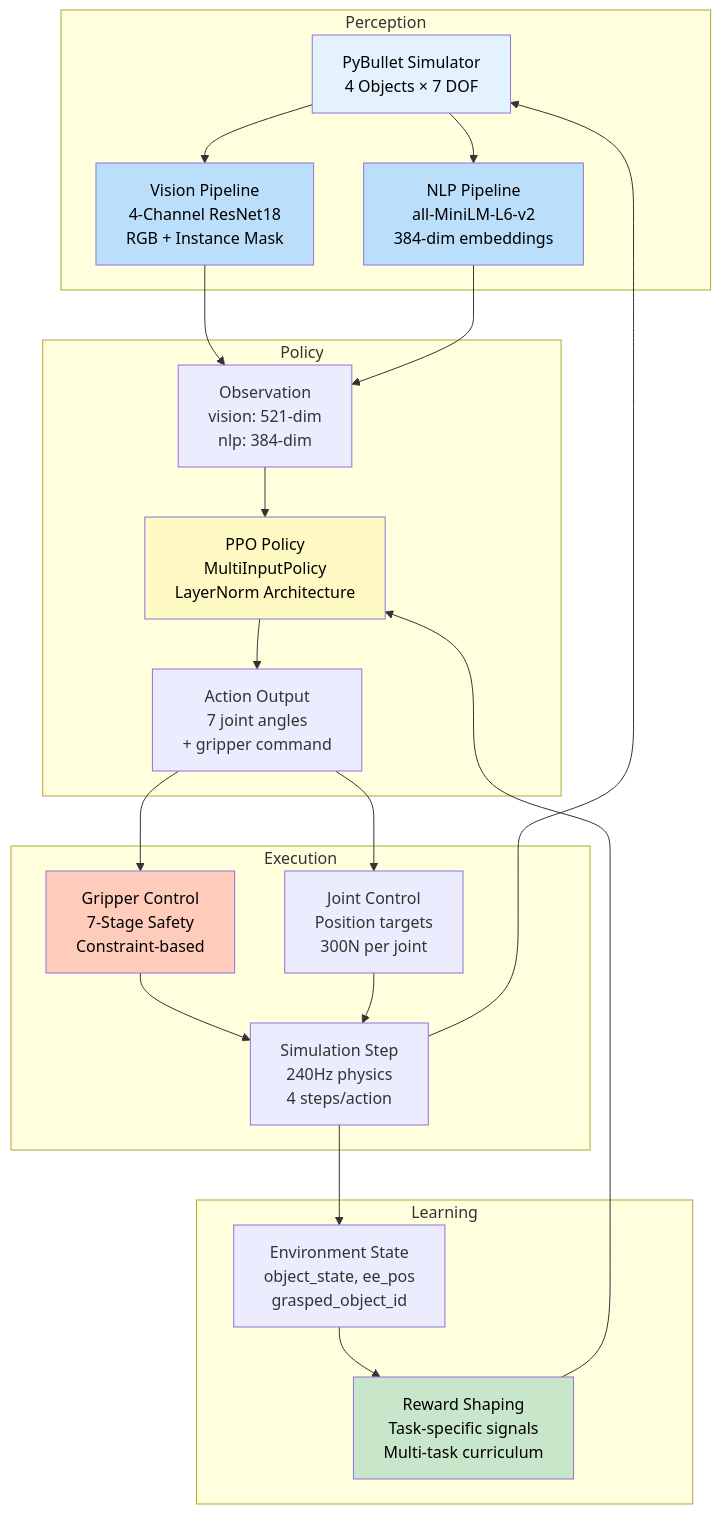
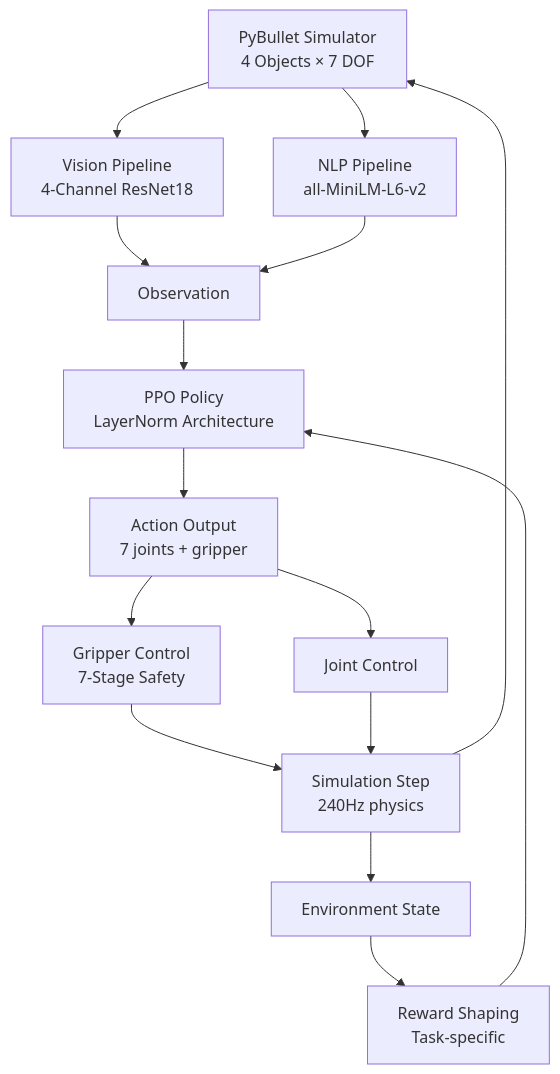
One commit to SchoolofAI-Algiers/language-guided-robotics changed the diagram in README.md. Above: the diagram before and after it, drawn with Mermaid.

Commit message:
Language-guided robotics production ready

````diff
--- a/README.md
+++ b/README.md
@@ -39,47 +39,29 @@
 ```mermaid
 graph TB
-    subgraph "Perception"
-        A["PyBullet Simulator<br/>4 Objects × 7 DOF"]
-        B["Vision Pipeline<br/>4-Channel ResNet18<br/>RGB + Instance Mask"]
-        C["NLP Pipeline<br/>all-MiniLM-L6-v2<br/>384-dim embeddings"]
-    end
-    
-    subgraph "Policy"
-        D["Observation<br/>vision: 521-dim<br/>nlp: 384-dim"]
-        E["PPO Policy<br/>MultiInputPolicy<br/>LayerNorm Architecture"]
-        F["Action Output<br/>7 joint angles<br/>+ gripper command"]
-    end
-    
-    subgraph "Execution"
-        G["Gripper Control<br/>7-Stage Safety<br/>Constraint-based"]
-        H["Joint Control<br/>Position targets<br/>300N per joint"]
-        I["Simulation Step<br/>240Hz physics<br/>4 steps/action"]
-    end
-    
-    subgraph "Learning"
-        J["Reward Shaping<br/>Task-specific signals<br/>Multi-task curriculum"]
-        K["Environment State<br/>object_state, ee_pos<br/>grasped_object_id"]
-    end
+    A["PyBullet Simulator<br/>4 Objects × 7 DOF"]
+    B["Vision Pipeline<br/>4-Channel ResNet18"]
+    C["NLP Pipeline<br/>all-MiniLM-L6-v2"]
+    D["Observation"]
+    E["PPO Policy<br/>LayerNorm Architecture"]
+    F["Action Output<br/>7 joints + gripper"]
+    G["Gripper Control<br/>7-Stage Safety"]
+    H["Joint Control"]
+    I["Simulation Step<br/>240Hz physics"]
+    J["Reward Shaping<br/>Task-specific"]
+    K["Environment State"]
     
     A --> B
     A --> C
     B --> D
     C --> D
     D --> E
     E --> F
     F --> G
     F --> H
     G --> I
     H --> I
     I --> K
     K --> J
     J --> E
     I --> A
-
-    style A fill:#e3f2fd,color:#000
-    style B fill:#bbdefb,color:#000
-    style C fill:#bbdefb,color:#000
-    style E fill:#fff9c4,color:#000
-    style G fill:#ffccbc,color:#000
-    style J fill:#c8e6c9,color:#000
 ```
````
